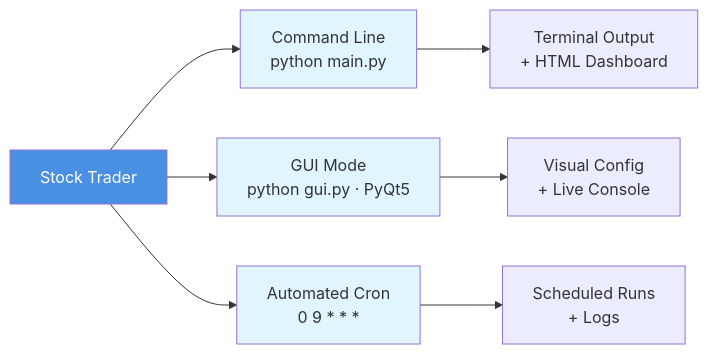
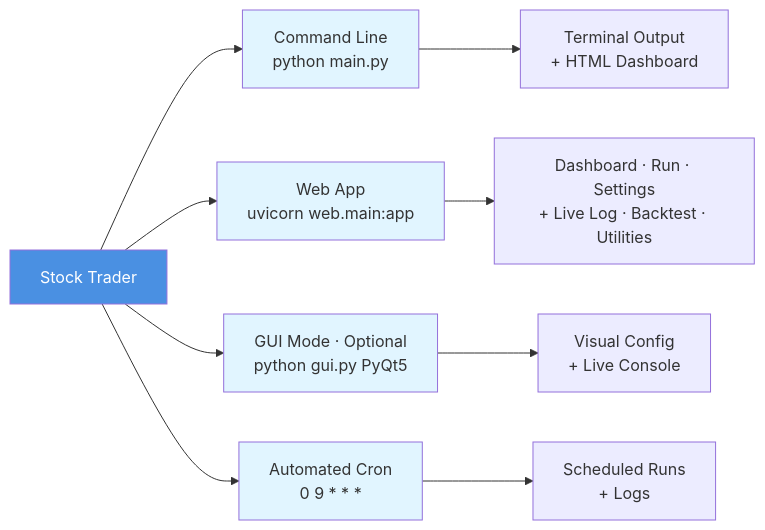
One commit to EE-EDK/Stock-Trader changed the third of 3 diagrams in README.md. Above: the diagram before and after it, drawn with Mermaid. The commit also changed other lines of this file and 2 other files, not shown here.

Commit message:
new website

````diff
--- a/README.md
+++ b/README.md
@@ -183,15 +183,18 @@
 ```mermaid
 graph LR
     A[Stock Trader] --> B[Command Line<br/>python main.py]
-    A --> C[GUI Mode<br/>python gui.py · PyQt5]
-    A --> D[Automated Cron<br/>0 9 * * *]
+    A --> C[Web App<br/>uvicorn web.main:app]
+    A --> D[GUI Mode · Optional<br/>python gui.py PyQt5]
+    A --> E[Automated Cron<br/>0 9 * * *]
 
-    B --> E[Terminal Output<br/>+ HTML Dashboard]
-    C --> F[Visual Config<br/>+ Live Console]
-    D --> G[Scheduled Runs<br/>+ Logs]
+    B --> F[Terminal Output<br/>+ HTML Dashboard]
+    C --> G[Dashboard · Run · Settings<br/>+ Live Log · Backtest · Utilities]
+    D --> H[Visual Config<br/>+ Live Console]
+    E --> I[Scheduled Runs<br/>+ Logs]
 
     style A fill:#4a90e2,color:#fff
     style B fill:#e1f5ff
     style C fill:#e1f5ff
     style D fill:#e1f5ff
+    style E fill:#e1f5ff
 ```
````
